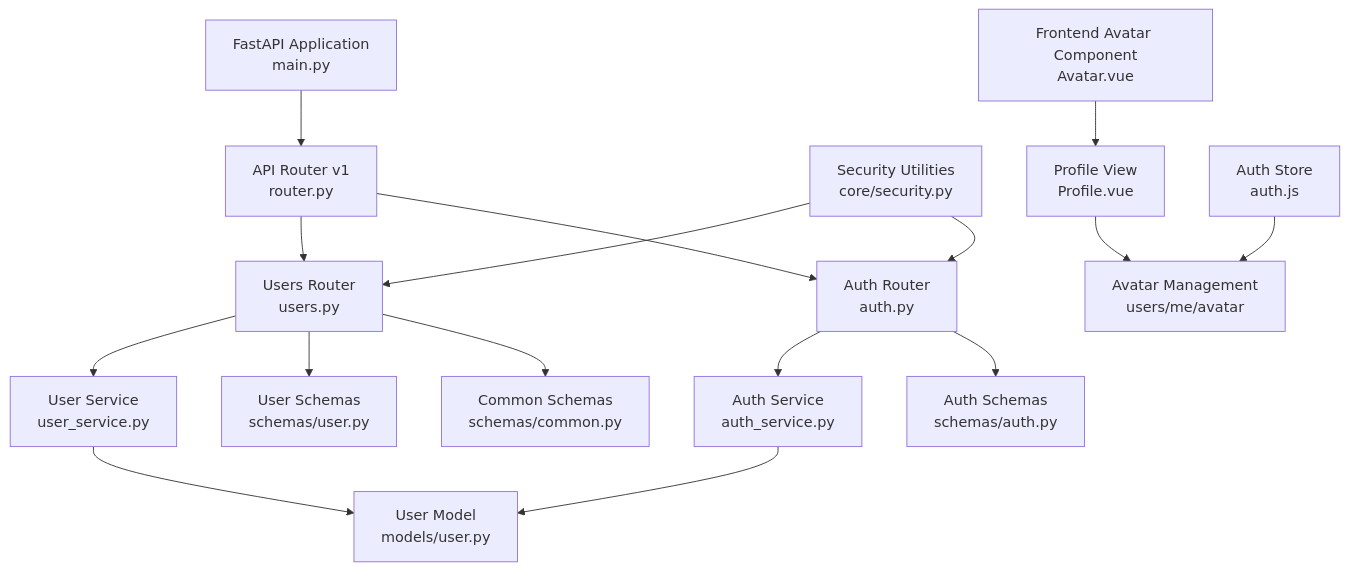
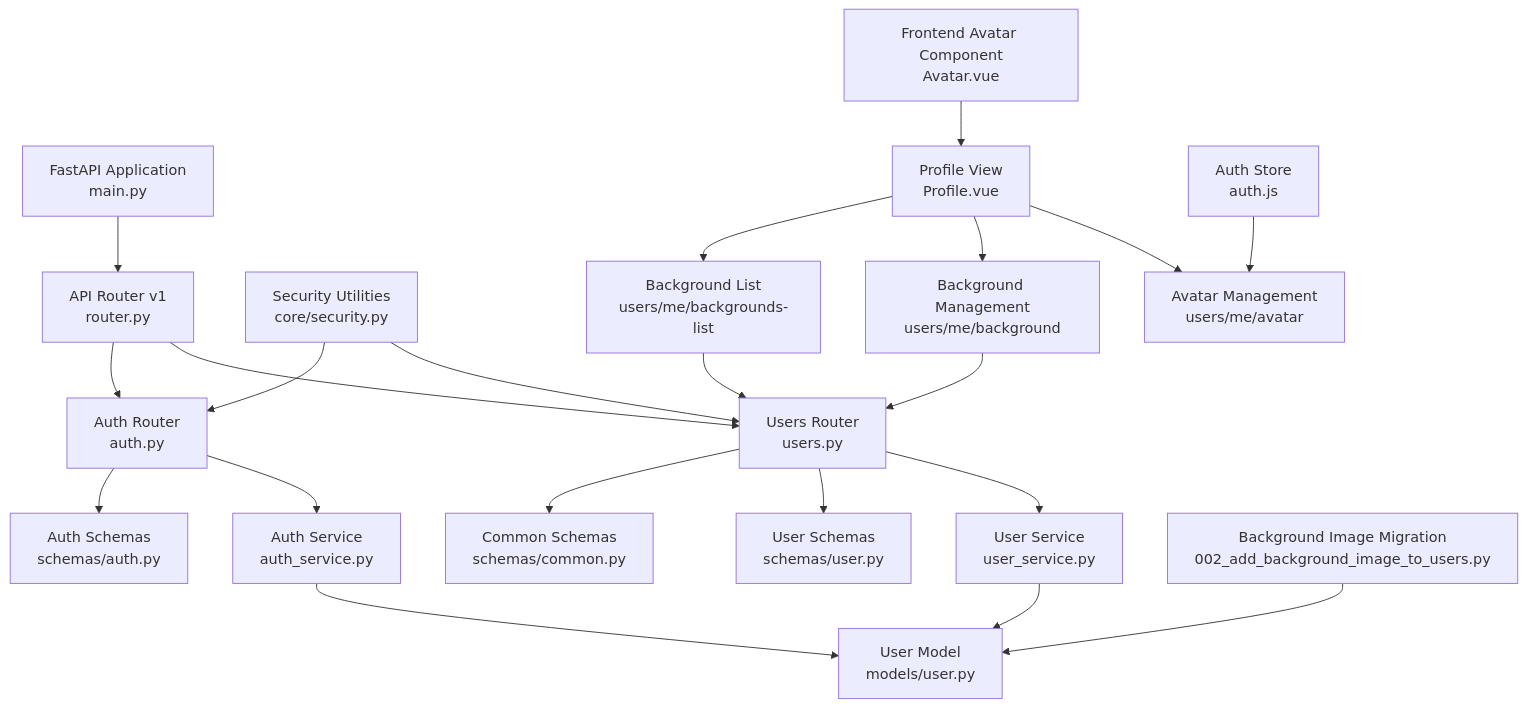
Before and after one commit to Nikita5543/New-SSO-02: the first of 5 diagrams in .qoder/repowiki/en/content/Core API Reference/User Management Endpoints.md, drawn with Mermaid. The commit also changed other lines of this file and 7 other files, not shown here.

````diff
--- a/.qoder/repowiki/en/content/Core API Reference/User Management Endpoints.md
+++ b/.qoder/repowiki/en/content/Core API Reference/User Management Endpoints.md
@@ -51,18 +53,23 @@
 ```mermaid
 graph TB
 A["FastAPI Application<br/>main.py"] --> B["API Router v1<br/>router.py"]
 B --> C["Users Router<br/>users.py"]
 B --> D["Auth Router<br/>auth.py"]
 C --> E["User Service<br/>user_service.py"]
 D --> F["Auth Service<br/>auth_service.py"]
 E --> G["User Model<br/>models/user.py"]
 F --> G
 C --> H["User Schemas<br/>schemas/user.py"]
 D --> I["Auth Schemas<br/>schemas/auth.py"]
 C --> J["Common Schemas<br/>schemas/common.py"]
 K["Security Utilities<br/>core/security.py"] --> C
 K --> D
 L["Frontend Avatar Component<br/>Avatar.vue"] --> M["Profile View<br/>Profile.vue"]
 N["Auth Store<br/>auth.js"] --> O["Avatar Management<br/>users/me/avatar"]
+P["Background Image Migration<br/>002_add_background_image_to_users.py"] --> G
+Q["Background Management<br/>users/me/background"] --> C
+R["Background List<br/>users/me/backgrounds-list"] --> C
 M --> O
+M --> Q
+M --> R
 ```
````
